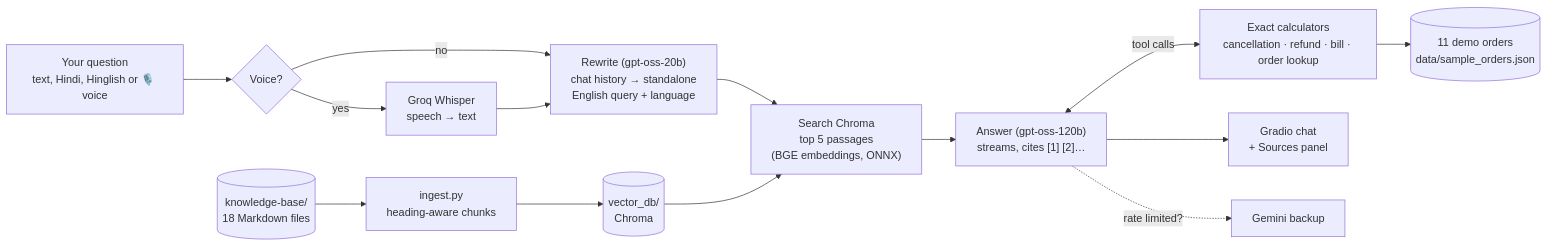
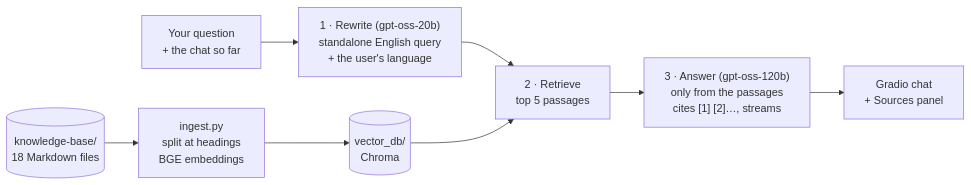
Before and after one commit to C0derANANT/ai-engineering-projects: the diagram in 03-Food-Delivery-RAG/README.md, drawn with Mermaid. The commit also changed other lines of this file and 31 other files, not shown here.

````diff
--- a/03-Food-Delivery-RAG/README.md
+++ b/03-Food-Delivery-RAG/README.md
@@ -21,15 +34,9 @@
 ```mermaid
 flowchart LR
-    Q["Your question<br/>text, Hindi, Hinglish or 🎙️ voice"] --> STT{"Voice?"}
-    STT -- yes --> W["Groq Whisper<br/>speech → text"]
-    STT -- no --> R
-    W --> R["Rewrite (gpt-oss-20b)<br/>chat history → standalone<br/>English query + language"]
-    R --> S["Search Chroma<br/>top 5 passages<br/>(BGE embeddings, ONNX)"]
-    S --> A["Answer (gpt-oss-120b)<br/>streams, cites [1] [2]…"]
-    A <-->|"tool calls"| T["Exact calculators<br/>cancellation · refund · bill · order lookup"]
-    T --> D[("11 demo orders<br/>data/sample_orders.json")]
+    KB[("knowledge-base/<br/>18 Markdown files")] --> IDX["ingest.py<br/>split at headings<br/>BGE embeddings"] --> V[("vector_db/<br/>Chroma")]
+    Q["Your question<br/>+ the chat so far"] --> R["1 · Rewrite (gpt-oss-20b)<br/>standalone English query<br/>+ the user's language"]
+    R --> S["2 · Retrieve<br/>top 5 passages"]
+    V --> S
+    S --> A["3 · Answer (gpt-oss-120b)<br/>only from the passages<br/>cites [1] [2]…, streams"]
     A --> UI["Gradio chat<br/>+ Sources panel"]
-    A -. "rate limited?" .-> G["Gemini backup"]
-    KB[("knowledge-base/<br/>18 Markdown files")] --> IDX["ingest.py<br/>heading-aware chunks"] --> V[("vector_db/<br/>Chroma")]
-    V --> S
 ```
````
